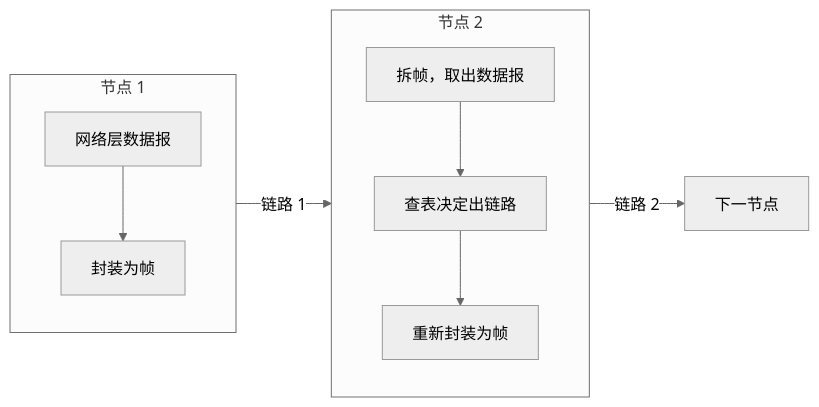
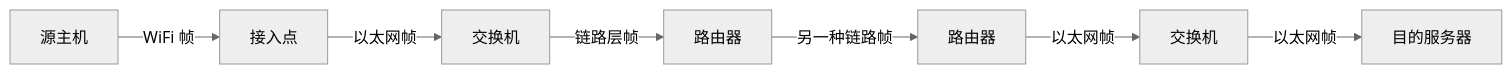
Before and after one commit to Meer-Matze/Meer-Matze.github.io: the first of 13 diagrams in src/content/posts/链路层和局域网.md, drawn with Mermaid (neutral theme). The commit also changed other lines of this file, not shown here.

````diff
--- a/src/content/posts/链路层和局域网.md
+++ b/src/content/posts/链路层和局域网.md
@@ -53,13 +70,9 @@
 ```mermaid
 flowchart LR
-    subgraph N1["节点 1"]
-        direction TB
-        A["网络层数据报"] --> B["封装为帧"]
-    end
-    subgraph N2["节点 2"]
-        direction TB
-        C["拆帧，取出数据报"] --> D["查表决定出链路"] --> E["重新封装为帧"]
-    end
-    B -->|"链路 1"| C
-    E -->|"链路 2"| F["下一节点"]
+    A["源主机"] -->|"WiFi 帧"| AP["接入点"]
+    AP -->|"以太网帧"| S1["交换机"]
+    S1 -->|"链路层帧"| R1["路由器"]
+    R1 -->|"另一种链路帧"| R2["路由器"]
+    R2 -->|"以太网帧"| S2["交换机"]
+    S2 -->|"以太网帧"| B["目的服务器"]
 ```
````
